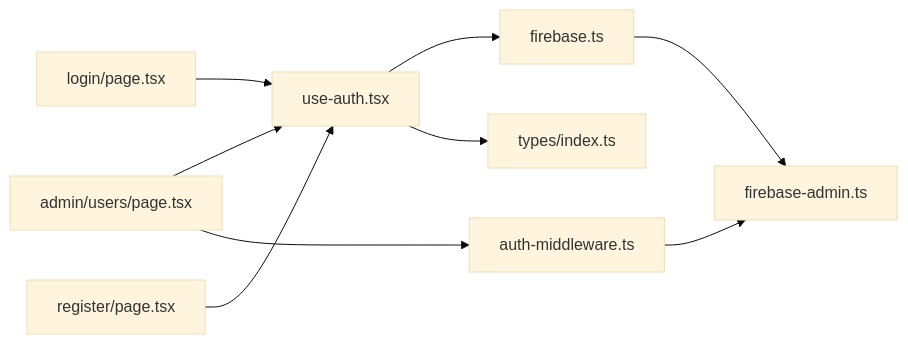
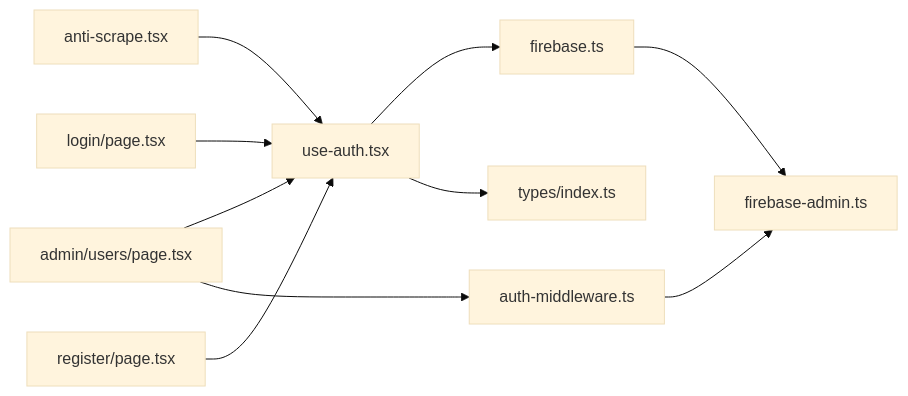
One commit to alikizang/datafrica changed the fifth of 5 diagrams in .qoder/repowiki/en/content/Authentication System/Authentication System.md. Above: the diagram before and after it, drawn with Mermaid (base theme). The commit also changed other lines of this file and 15 other files, not shown here.

````diff
--- a/.qoder/repowiki/en/content/Authentication System/Authentication System.md
+++ b/.qoder/repowiki/en/content/Authentication System/Authentication System.md
@@ -235,11 +292,12 @@
 ```mermaid
 graph LR
 UA["use-auth.tsx"] --> FA["firebase.ts"]
 UA --> T["types/index.ts"]
+AS["anti-scrape.tsx"] --> UA
 LG["login/page.tsx"] --> UA
 RG["register/page.tsx"] --> UA
 AU["admin/users/page.tsx"] --> UA
 AU --> AM["auth-middleware.ts"]
 AM --> FAA["firebase-admin.ts"]
 FA --> FAA
 ```
````
